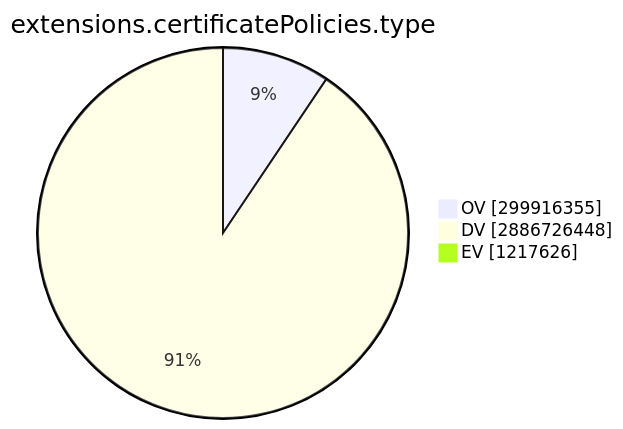
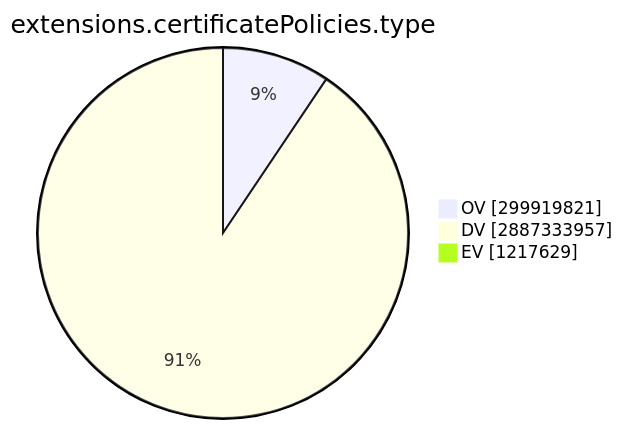
The ninth of 15 diagrams in TOTAL/README.md (christiankrug/ctmonitor_visualization), drawn with Mermaid before and after one commit. The commit also changed other lines of this file, not shown here.

````diff
--- a/TOTAL/README.md
+++ b/TOTAL/README.md
@@ -3101,7 +3101,7 @@
 ```mermaid
 pie showData
 title extensions.certificatePolicies.type
-"OV" :299916355
-"DV" :2886726448
-"EV" :1217626
+"OV" :299919821
+"DV" :2887333957
+"EV" :1217629
 ```
````
